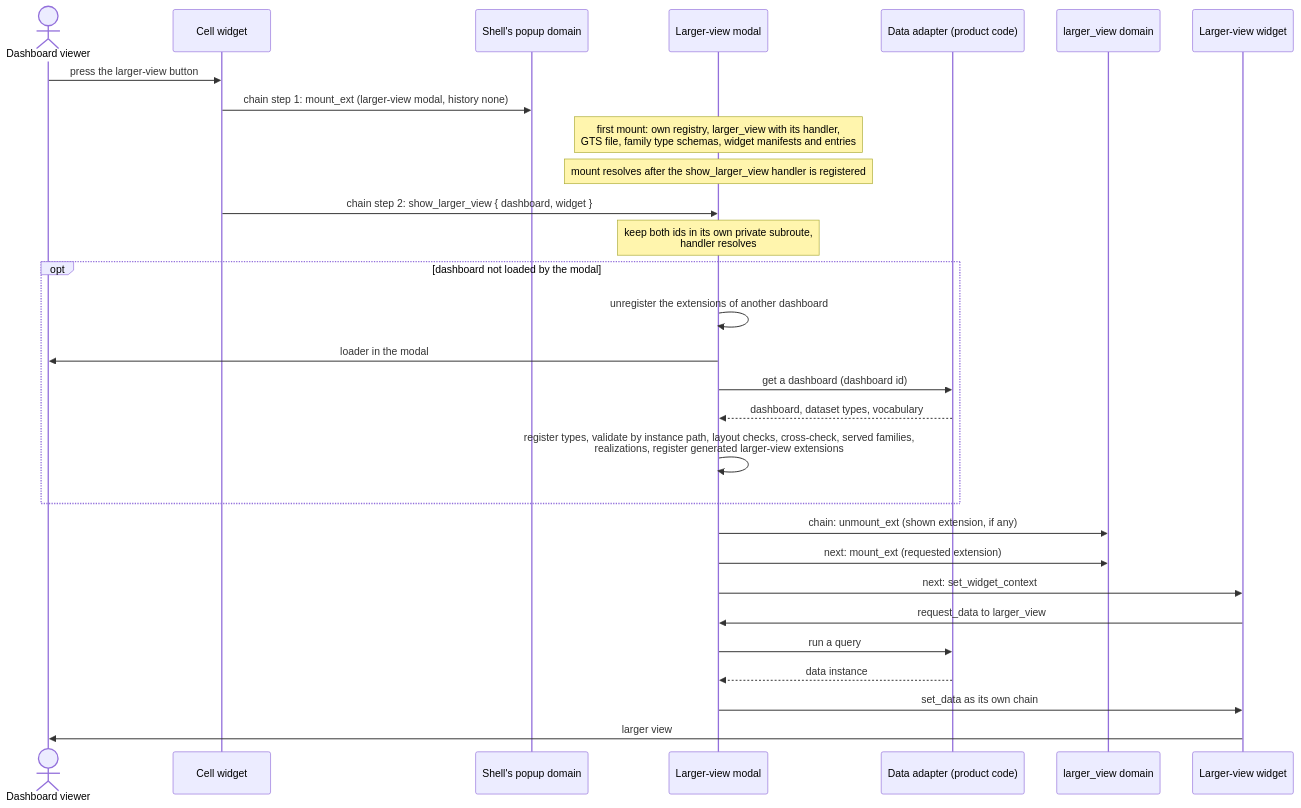
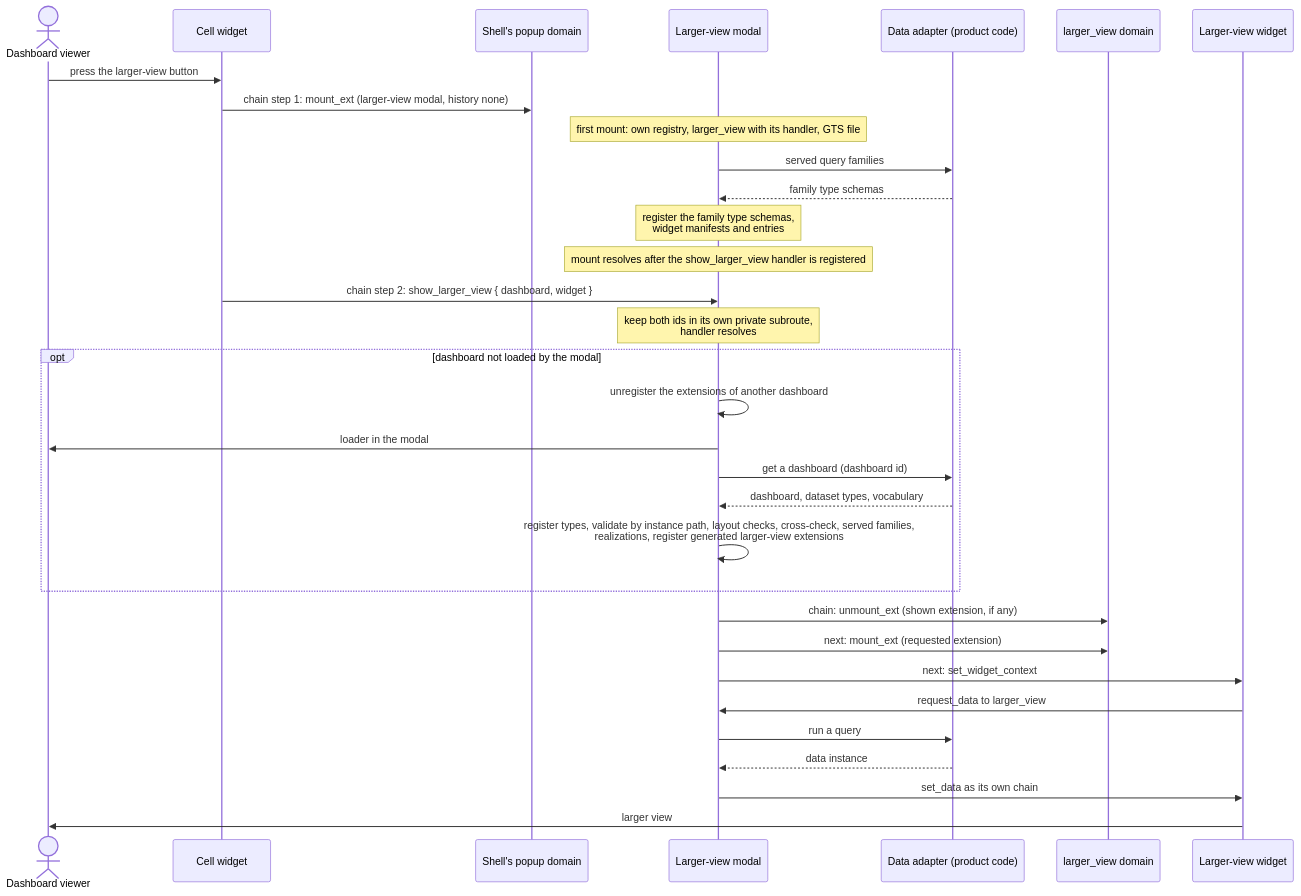
One commit to AndrejK666/gears-frontx-templates changed the fifth of 11 diagrams in template-dashboard/architecture/DESIGN.md. Above: the diagram before and after it, drawn with Mermaid. The commit also changed other lines of this file and 16 other files, not shown here.

````diff
--- a/template-dashboard/architecture/DESIGN.md
+++ b/template-dashboard/architecture/DESIGN.md
@@ -1082,32 +1134,35 @@
 ```mermaid
 sequenceDiagram
     actor U as Dashboard viewer
     participant C as Cell widget
     participant PD as Shell's popup domain
     participant M as Larger-view modal
     participant DA as Data adapter (product code)
     participant LV as larger_view domain
     participant W as Larger-view widget
 
     U->>C: press the larger-view button
     C->>PD: chain step 1: mount_ext (larger-view modal, history none)
-    Note over M: first mount: own registry, larger_view with its handler,<br/>GTS file, family type schemas, widget manifests and entries
+    Note over M: first mount: own registry, larger_view with its handler, GTS file
+    M->>DA: served query families
+    DA-->>M: family type schemas
+    Note over M: register the family type schemas,<br/>widget manifests and entries
     Note over M: mount resolves after the show_larger_view handler is registered
     C->>M: chain step 2: show_larger_view { dashboard, widget }
     Note over M: keep both ids in its own private subroute,<br/>handler resolves
     opt dashboard not loaded by the modal
         M->>M: unregister the extensions of another dashboard
         M->>U: loader in the modal
         M->>DA: get a dashboard (dashboard id)
         DA-->>M: dashboard, dataset types, vocabulary
         M->>M: register types, validate by instance path, layout checks, cross-check, served families,<br/>realizations, register generated larger-view extensions
     end
     M->>LV: chain: unmount_ext (shown extension, if any)
     M->>LV: next: mount_ext (requested extension)
     M->>W: next: set_widget_context
     W->>M: request_data to larger_view
     M->>DA: run a query
     DA-->>M: data instance
     M->>W: set_data as its own chain
     W->>U: larger view
 ```
````
